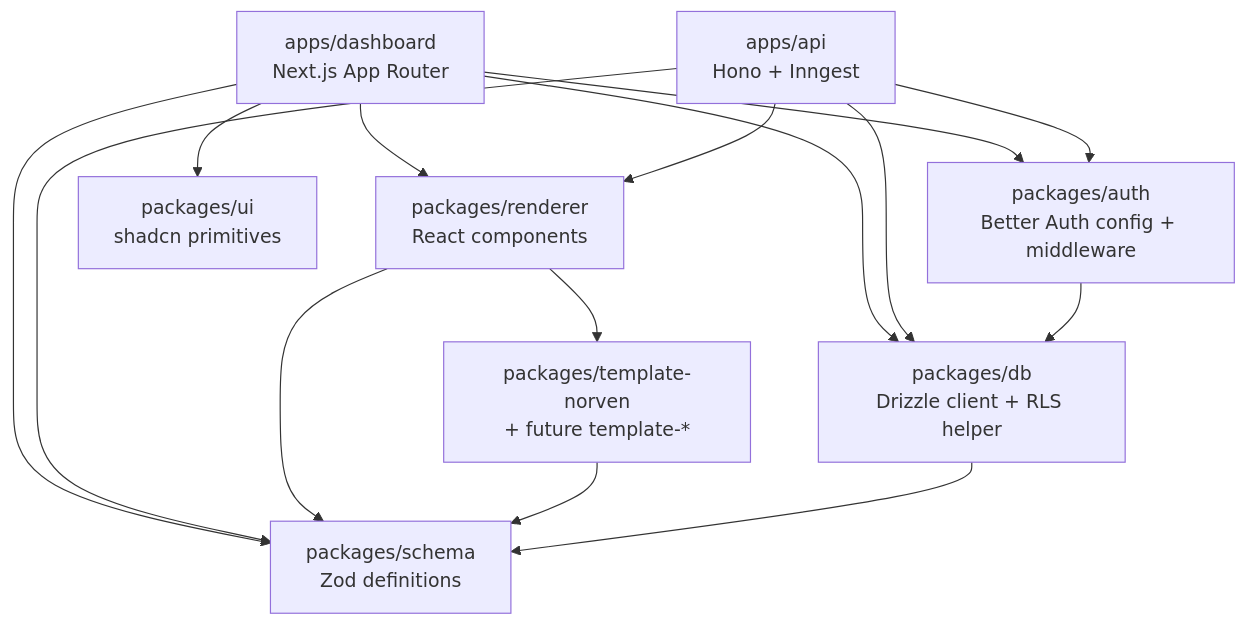
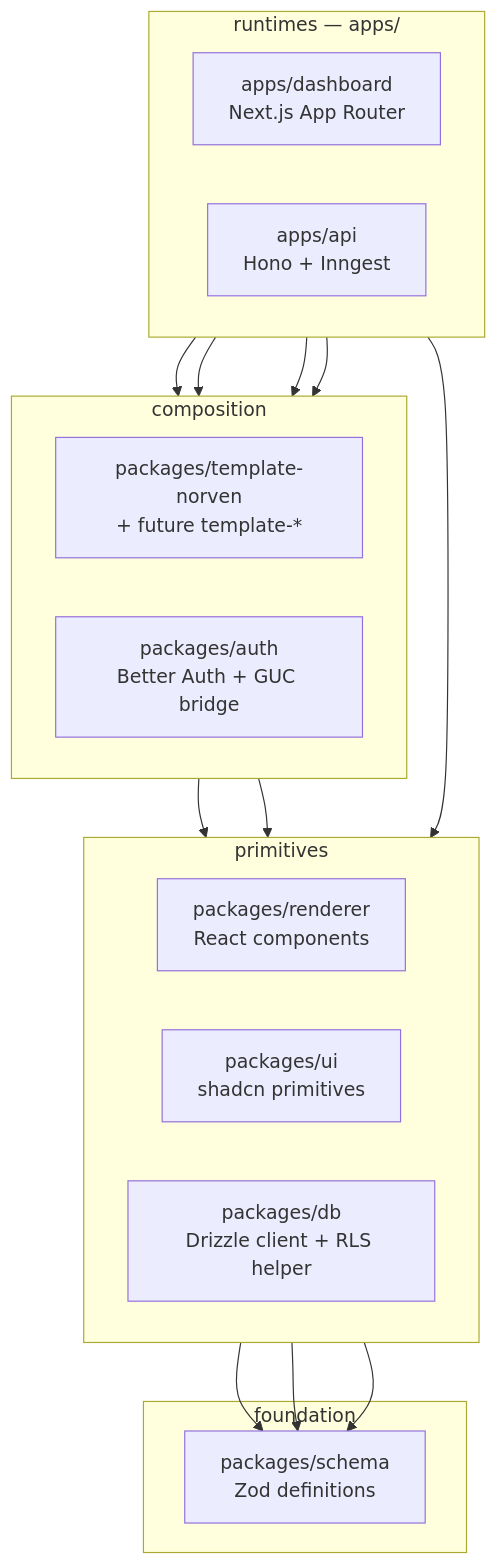
One commit to farulivan/plinth changed the second of 5 diagrams in ARCHITECTURE.md. Above: the diagram before and after it, drawn with Mermaid. The commit also changed other lines of this file, not shown here.

Commit message:
docs: replace module layering diagram with strict-layer dag

````diff
--- a/ARCHITECTURE.md
+++ b/ARCHITECTURE.md
@@ -47,28 +47,36 @@
 ```mermaid
-graph TD
-    dash[apps/dashboard<br/>Next.js App Router]
-    api[apps/api<br/>Hono + Inngest]
+flowchart TD
+    subgraph L4["runtimes — apps/"]
+        direction LR
+        dash["apps/dashboard<br/>Next.js App Router"]
+        api["apps/api<br/>Hono + Inngest"]
+    end
 
-    renderer[packages/renderer<br/>React components]
-    schema[packages/schema<br/>Zod definitions]
-    db[packages/db<br/>Drizzle client + RLS helper]
-    auth[packages/auth<br/>Better Auth config + middleware]
-    template[packages/template-norven<br/>+ future template-*]
-    ui[packages/ui<br/>shadcn primitives]
+    subgraph L3["composition"]
+        direction LR
+        template["packages/template-norven<br/>+ future template-*"]
+        auth["packages/auth<br/>Better Auth + GUC bridge"]
+    end
 
-    dash --> renderer
-    dash --> schema
-    dash --> db
+    subgraph L2["primitives"]
+        direction LR
+        renderer["packages/renderer<br/>React components"]
+        ui["packages/ui<br/>shadcn primitives"]
+        db["packages/db<br/>Drizzle client + RLS helper"]
+    end
+
+    subgraph L1["foundation"]
+        schema["packages/schema<br/>Zod definitions"]
+    end
+
+    dash --> template
     dash --> auth
     dash --> ui
-    api --> schema
-    api --> db
+    api --> template
     api --> auth
-    api --> renderer
-
+    template --> renderer
+    auth --> db
     renderer --> schema
-    renderer --> template
-    template --> schema
+    ui --> schema
     db --> schema
-    auth --> db
 ```
````
